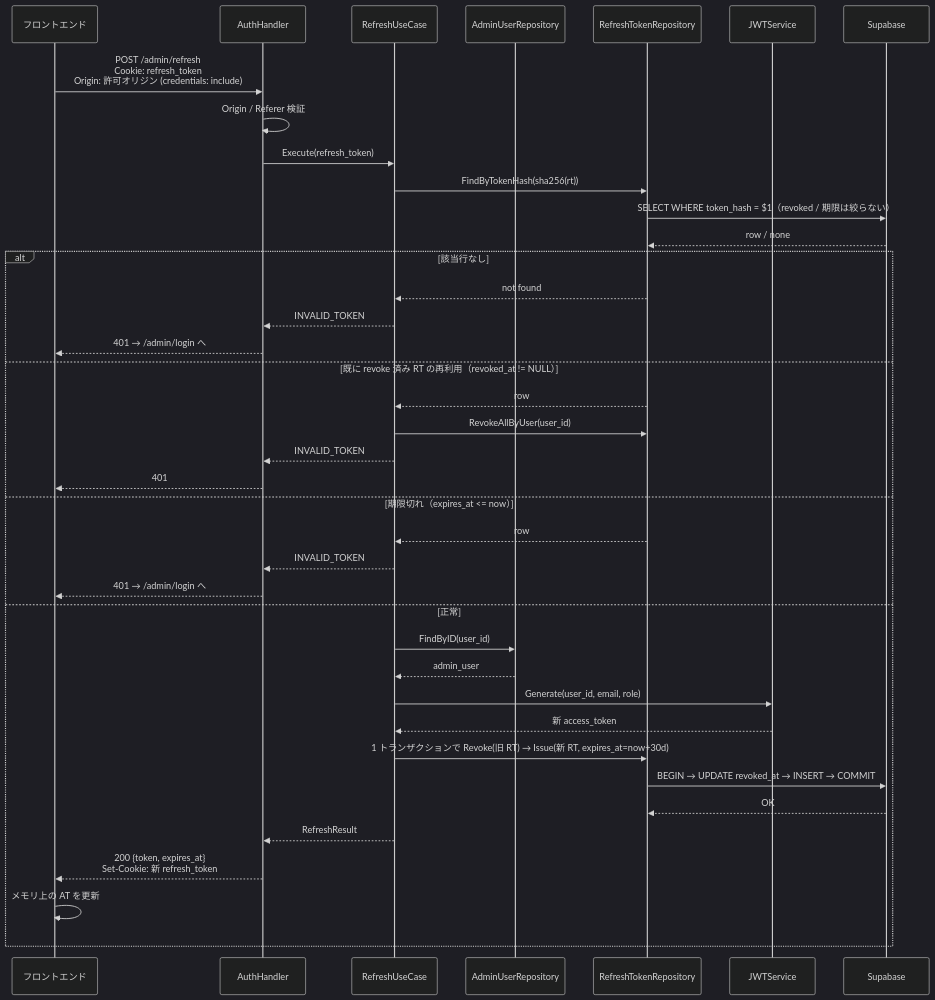
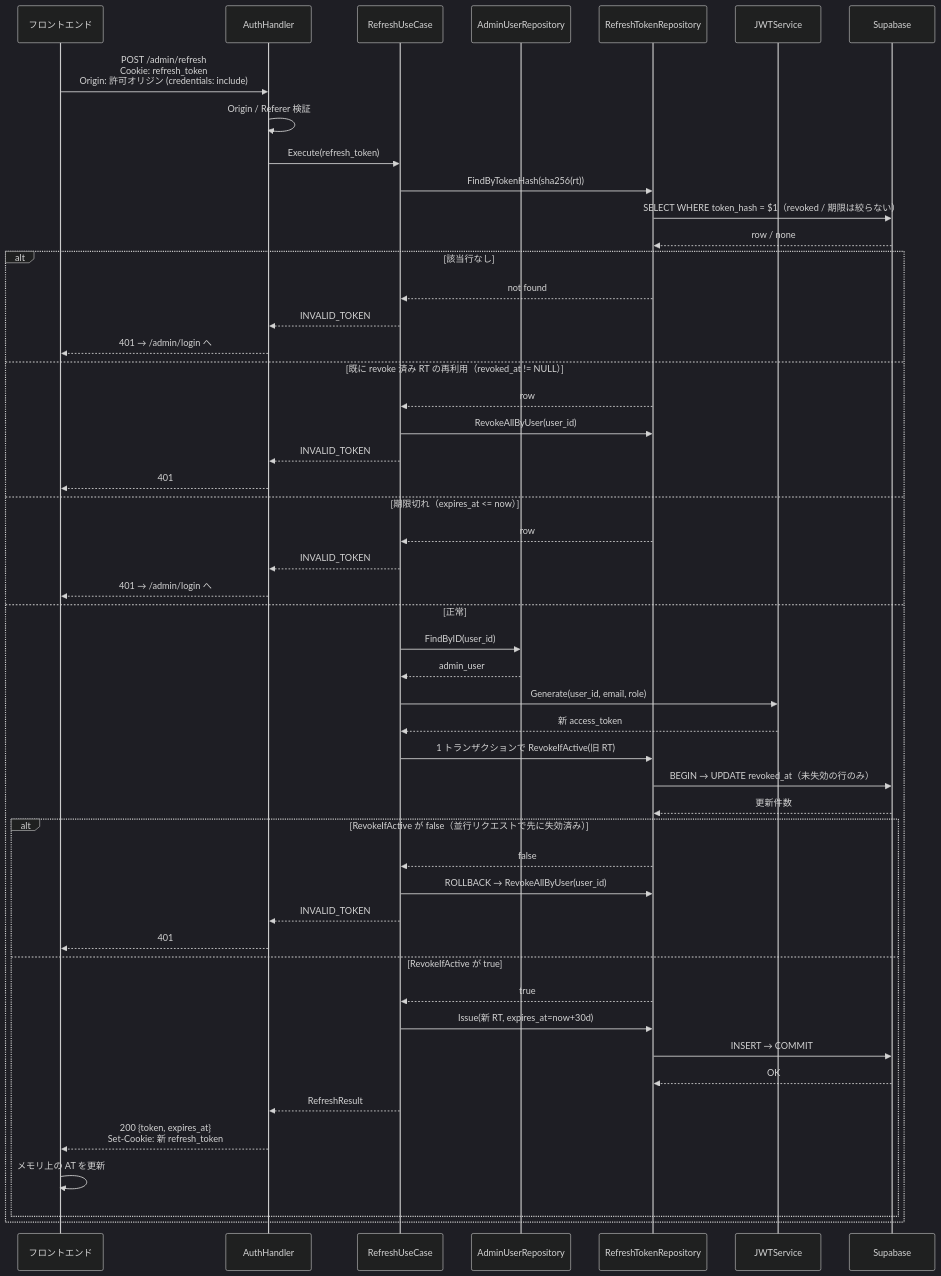
One commit to cergijame101007/satehits changed the fifth of 15 diagrams in docs/sequence.md. Above: the diagram before and after it, drawn with Mermaid (dark theme). The commit also changed other lines of this file, not shown here.

Commit message:
docs: シーケンス図を Outbox・レート制限・実装のメソッド名に合わせる

````diff
--- a/docs/sequence.md
+++ b/docs/sequence.md
@@ -176,45 +208,56 @@
 ```mermaid
 sequenceDiagram
     participant Frontend as フロントエンド
     participant Handler as AuthHandler
     participant UseCase as RefreshUseCase
     participant AdminRepo as AdminUserRepository
     participant RefreshRepo as RefreshTokenRepository
     participant JWT as JWTService
     participant DB as Supabase
 
     Frontend->>Handler: POST /admin/refresh<br/>Cookie: refresh_token<br/>Origin: 許可オリジン (credentials: include)
     
     Handler->>Handler: Origin / Referer 検証
     Handler->>UseCase: Execute(refresh_token)
     
     UseCase->>RefreshRepo: FindByTokenHash(sha256(rt))
     RefreshRepo->>DB: SELECT WHERE token_hash = $1（revoked / 期限は絞らない）
     DB-->>RefreshRepo: row / none
     
     alt 該当行なし
         RefreshRepo-->>UseCase: not found
         UseCase-->>Handler: INVALID_TOKEN
         Handler-->>Frontend: 401 → /admin/login へ
     else 既に revoke 済み RT の再利用（revoked_at != NULL）
         RefreshRepo-->>UseCase: row
         UseCase->>RefreshRepo: RevokeAllByUser(user_id)
         UseCase-->>Handler: INVALID_TOKEN
         Handler-->>Frontend: 401
     else 期限切れ（expires_at <= now）
         RefreshRepo-->>UseCase: row
         UseCase-->>Handler: INVALID_TOKEN
         Handler-->>Frontend: 401 → /admin/login へ
     else 正常
         UseCase->>AdminRepo: FindByID(user_id)
         AdminRepo-->>UseCase: admin_user
         UseCase->>JWT: Generate(user_id, email, role)
         JWT-->>UseCase: 新 access_token
-        UseCase->>RefreshRepo: 1 トランザクションで Revoke(旧 RT) → Issue(新 RT, expires_at=now+30d)
-        RefreshRepo->>DB: BEGIN → UPDATE revoked_at → INSERT → COMMIT
-        DB-->>RefreshRepo: OK
-        UseCase-->>Handler: RefreshResult
-        Handler-->>Frontend: 200 {token, expires_at}<br/>Set-Cookie: 新 refresh_token
-        Frontend->>Frontend: メモリ上の AT を更新
+        UseCase->>RefreshRepo: 1 トランザクションで RevokeIfActive(旧 RT)
+        RefreshRepo->>DB: BEGIN → UPDATE revoked_at（未失効の行のみ）
+        DB-->>RefreshRepo: 更新件数
+        alt RevokeIfActive が false（並行リクエストで先に失効済み）
+            RefreshRepo-->>UseCase: false
+            UseCase->>RefreshRepo: ROLLBACK → RevokeAllByUser(user_id)
+            UseCase-->>Handler: INVALID_TOKEN
+            Handler-->>Frontend: 401
+        else RevokeIfActive が true
+            RefreshRepo-->>UseCase: true
+            UseCase->>RefreshRepo: Issue(新 RT, expires_at=now+30d)
+            RefreshRepo->>DB: INSERT → COMMIT
+            DB-->>RefreshRepo: OK
+            UseCase-->>Handler: RefreshResult
+            Handler-->>Frontend: 200 {token, expires_at}<br/>Set-Cookie: 新 refresh_token
+            Frontend->>Frontend: メモリ上の AT を更新
+        end
     end
 ```
````
